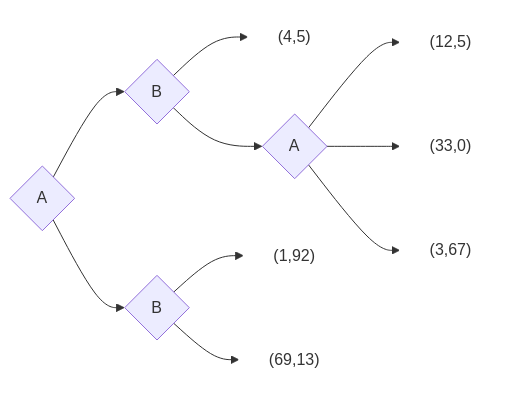
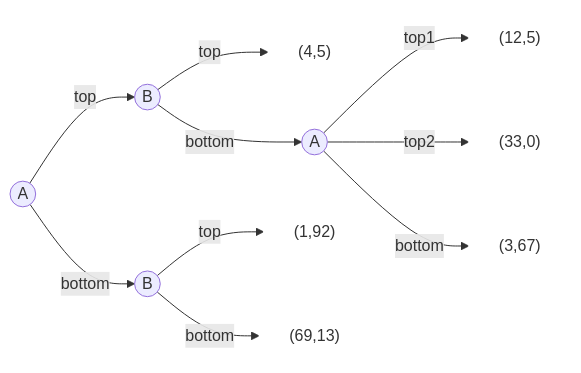
Before and after one commit to tpemartin/113-1-AI-Game: the fifth of 5 diagrams in lecture-notes/06-dynamic-game.md, drawn with Mermaid. The commit also changed other lines of this file and 1 other file, not shown here.

````diff
--- a/lecture-notes/06-dynamic-game.md
+++ b/lecture-notes/06-dynamic-game.md
@@ -8,19 +127,19 @@
 ```mermaid
 flowchart LR
 
-    A1{A} --> B1{B}
+    A1((A)) --> |top| B1((B))
 
-    B1 --> B1p1["(4,5)"]
-    B1 --> A2{A}
+    B1 --> |top| B1p1["(4,5)"]
+    B1 --> |bottom| A2((A))
     
-    A2 --> A2p1["(12,5)"]
-    A2 --> A2p2["(33,0)"]
-    A2 --> A2p3["(3,67)"]
+    A2 --> |top1|A2p1["(12,5)"]
+    A2 --> |top2|A2p2["(33,0)"]
+    A2 --> |bottom|A2p3["(3,67)"]
     
-    A1 --> B2{B}
-    B2 --> B1p2["(1,92)"]
-    B2 --> B1p3["(69,13)"]
+    A1 --> |bottom| B2((B))
+    B2 --> |top| B1p2["(1,92)"]
+    B2 --> |bottom|B1p3["(69,13)"]
 
     classDef whiteFill fill:#ffffff,stroke:#ffffff;
     class B1p1,B1p2,B1p3,A2p1,A2p2,A2p3 whiteFill;
 ```
````
